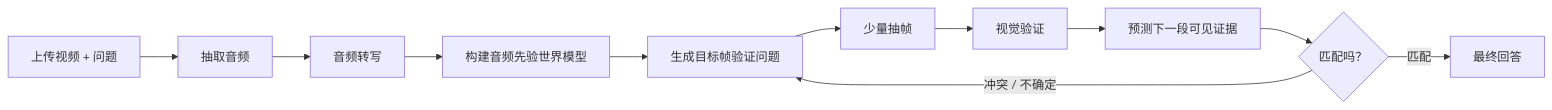
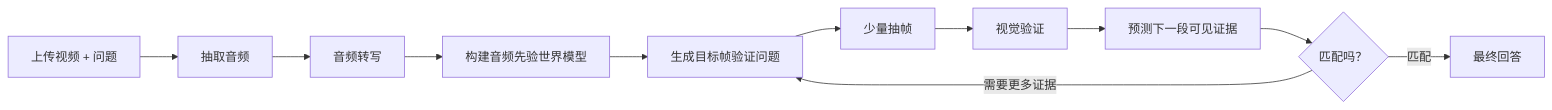
The diagram in README.md (MrChenyh/audio-first-video-agent), drawn with Mermaid before and after one commit. The commit also changed other lines of this file and 13 other files, not shown here.

````diff
--- a/README.md
+++ b/README.md
@@ -7,13 +7,13 @@
 ```mermaid
 flowchart LR
   A["上传视频 + 问题"] --> B["抽取音频"]
   B --> C["音频转写"]
   C --> D["构建音频先验世界模型"]
   D --> E["生成目标帧验证问题"]
   E --> F["少量抽帧"]
   F --> G["视觉验证"]
   G --> H["预测下一段可见证据"]
   H --> I{"匹配吗？"}
   I -- "匹配" --> J["最终回答"]
-  I -- "冲突 / 不确定" --> E
+  I -- "需要更多证据" --> E
 ```
````
